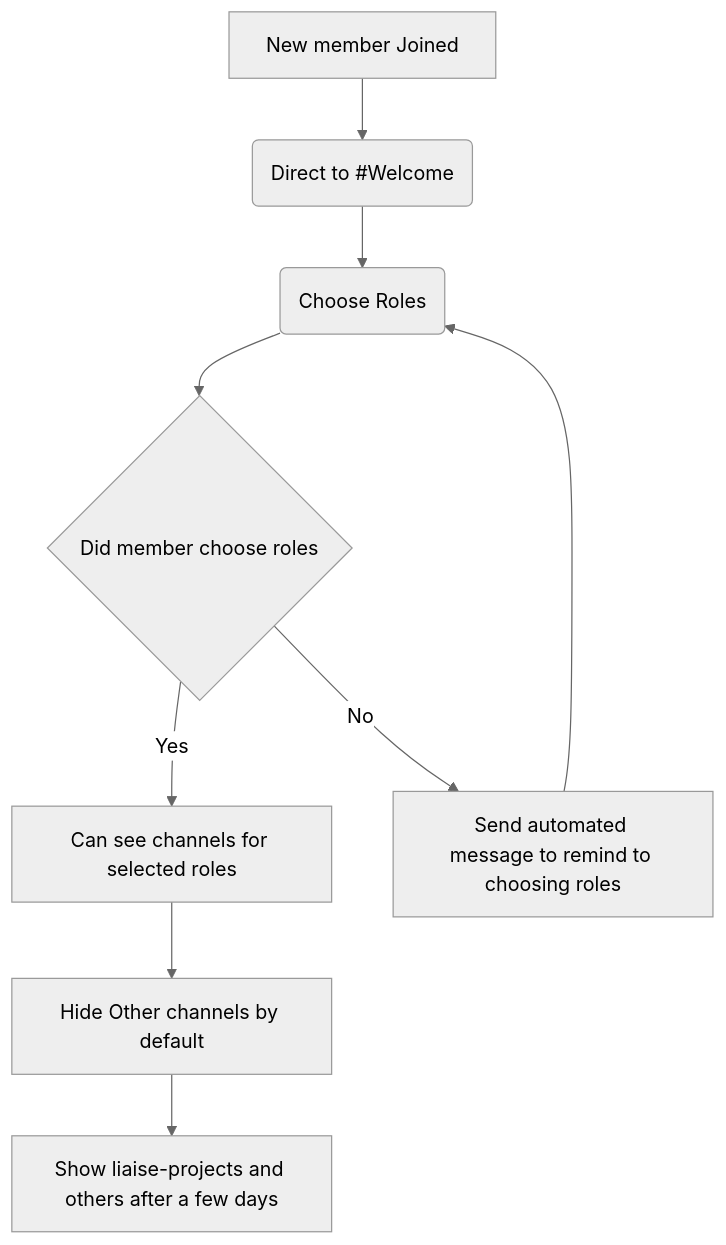
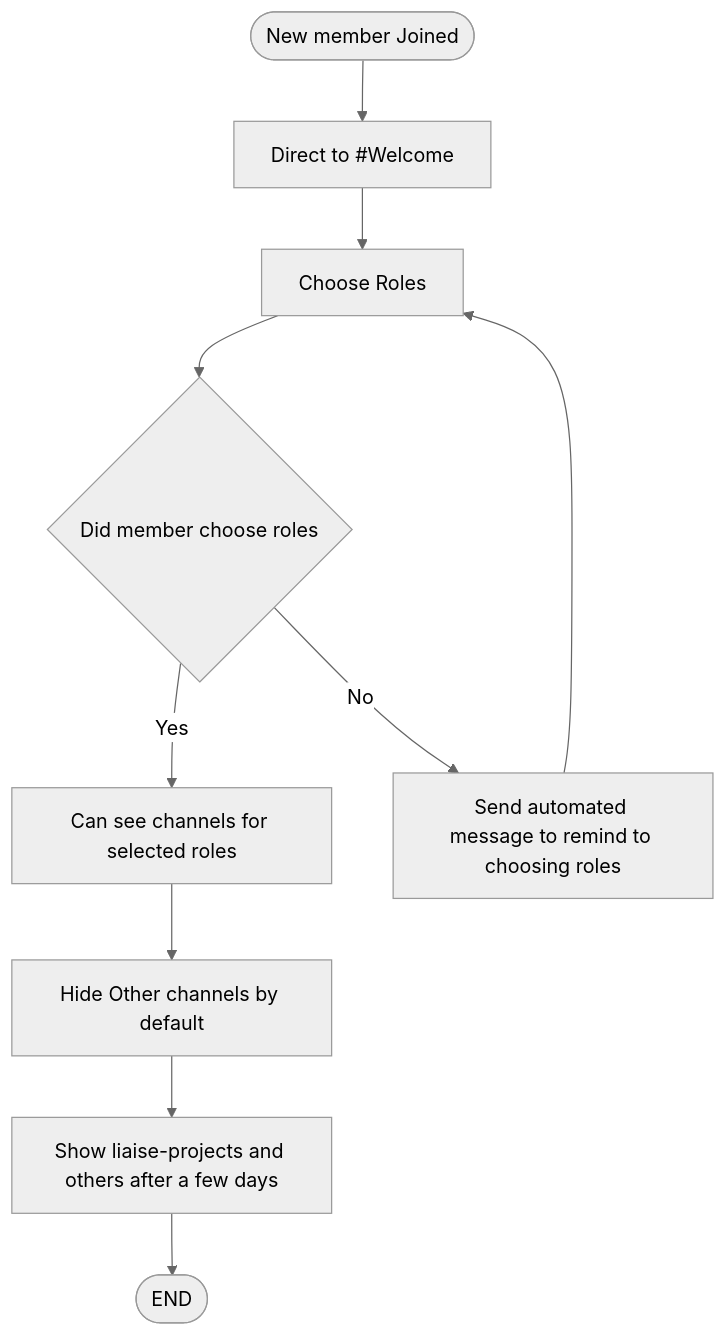
Before and after one commit to mudssrali/TFP-policy: the first of 3 diagrams in README.md, drawn with Mermaid (neutral theme). The commit also changed other lines of this file, not shown here.

````diff
--- a/README.md
+++ b/README.md
@@ -5,9 +5,9 @@
 ```mermaid
 flowchart TD
-    A[New member Joined] --> B( Direct to #Welcome) --> C(Choose Roles)
+    A([New member Joined]) --> B[Direct to #Welcome] --> C[Choose Roles]
     C --> D{Did member choose roles}
     D -->|Yes| E[Can see channels for selected roles]
     D -->|No| F[Send automated message to remind to choosing roles] --> C
     E --> H[Hide Other channels by default]
-    H --> I[Show liaise-projects and others after a few days]
+    H --> I[Show liaise-projects and others after a few days] --> Q([END])
 ```
````
